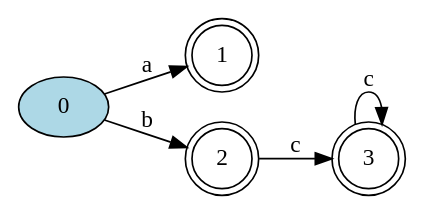
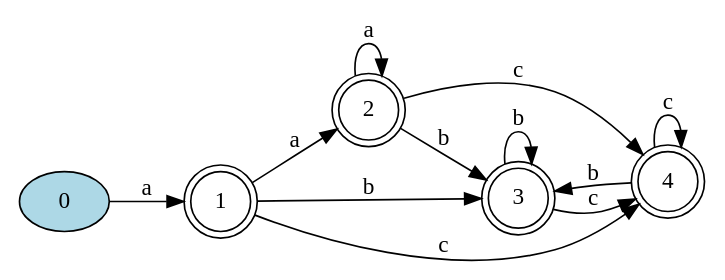
The diagram in DFA.dot (Daniel-Sima/Clone-of-the-egrep-UNIX-command), drawn with Graphviz before and after one commit. The commit also changed 12 other files, not shown here.

```diff
--- a/DFA.dot
+++ b/DFA.dot
@@ -1,13 +1,21 @@
 digraph {
 	rankdir=LR;
 
 	1 [shape=doublecircle]
 	2 [shape=doublecircle]
 	3 [shape=doublecircle]
+	4 [shape=doublecircle]
 	0 [style=filled, fillcolor="lightblue"]
 
 	0->1 [label= "a"];
-	0->2 [label= "b"];
-	2->3 [label= "c"];
-	3->3 [label= "c"];
+	1->2 [label= "a"];
+	1->3 [label= "b"];
+	1->4 [label= "c"];
+	2->2 [label= "a"];
+	2->3 [label= "b"];
+	2->4 [label= "c"];
+	3->3 [label= "b"];
+	3->4 [label= "c"];
+	4->3 [label= "b"];
+	4->4 [label= "c"];
 }
```
